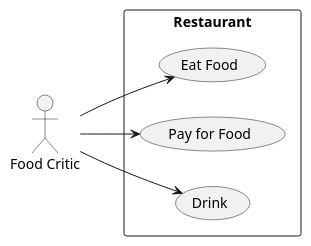
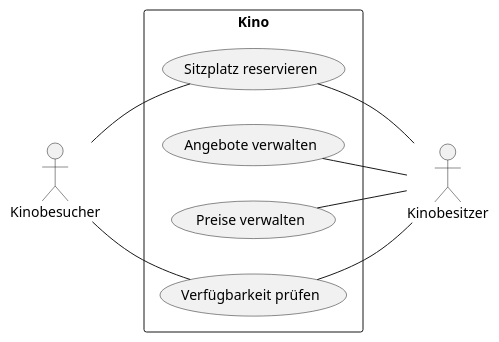
One commit to 2122-3bhitm-itp/02-project-cinema-reservation changed the diagram in asciidocs/index.adoc. Above: the diagram before and after it, drawn with PlantUML.

Commit message:
update uml

```diff
--- a/asciidocs/index.adoc
+++ b/asciidocs/index.adoc
@@ -108,15 +108,23 @@
 [plantuml,test]
 ----
 @startuml
 left to right direction
-actor "Food Critic" as fc
-rectangle Restaurant {
-usecase "Eat Food" as UC1
-usecase "Pay for Food" as UC2
-usecase "Drink" as UC3
+actor "Kinobesucher" as fc
+actor "Kinobesitzer" as fa
+
+rectangle Kino {
+  usecase "Sitzplatz reservieren" as UC1
+  usecase "Angebote verwalten" as UC2
+  usecase "Preise verwalten" as UC3
+  usecase "Verfügbarkeit prüfen" as UC4
 }
-fc --> UC1
-fc --> UC2
-fc --> UC3
+
+fc -- UC1
+UC2 -- fa
+UC1 -- fa
+UC3 -- fa
+fc -- UC4
+UC4 --fa
 @enduml
+
 ----
```
